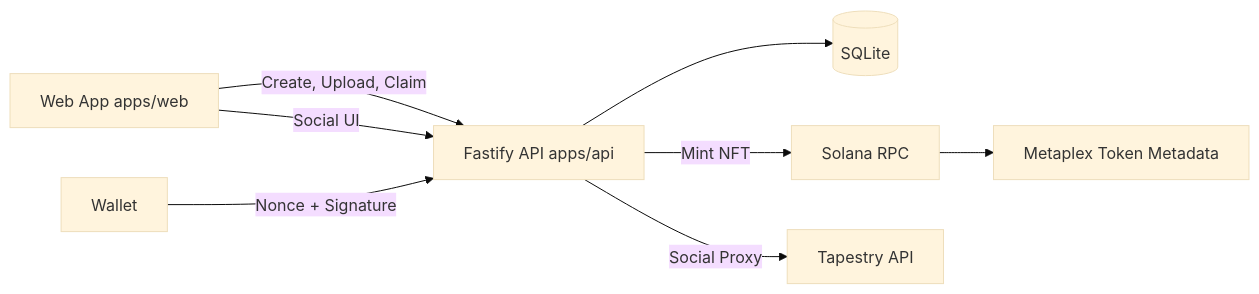
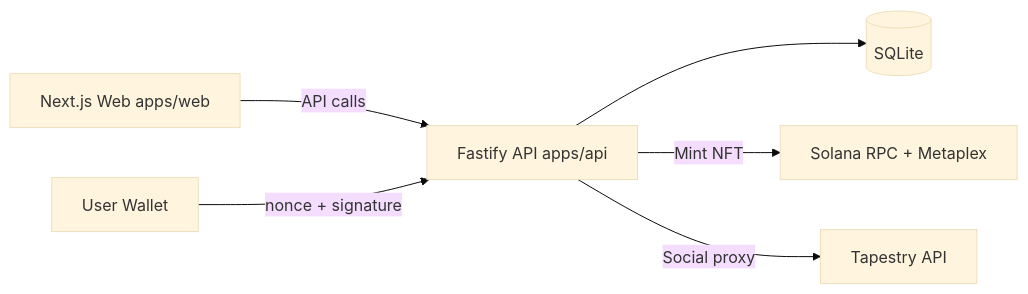
One commit to femmudas/revivepass changed the first of 2 diagrams in README.md. Above: the diagram before and after it, drawn with Mermaid (base theme). The commit also changed other lines of this file and 27 other files, not shown here.

Commit message:
feat: finalize admin-gated migration flow, social layer, and railway readiness

````diff
--- a/README.md
+++ b/README.md
@@ -33,10 +43,8 @@
 ```mermaid
 flowchart LR
-  A[Web App apps/web] -->|Create, Upload, Claim| B[Fastify API apps/api]
-  B --> C[(SQLite)]
-  D[Wallet] -->|Nonce + Signature| B
-  B -->|Mint NFT| E[Solana RPC]
-  E --> F[Metaplex Token Metadata]
-  B -->|Social Proxy| G[Tapestry API]
-  A -->|Social UI| B
+  W[Next.js Web apps/web] -->|API calls| A[Fastify API apps/api]
+  A --> D[(SQLite)]
+  U[User Wallet] -->|nonce + signature| A
+  A -->|Mint NFT| S[Solana RPC + Metaplex]
+  A -->|Social proxy| T[Tapestry API]
 ```
````
